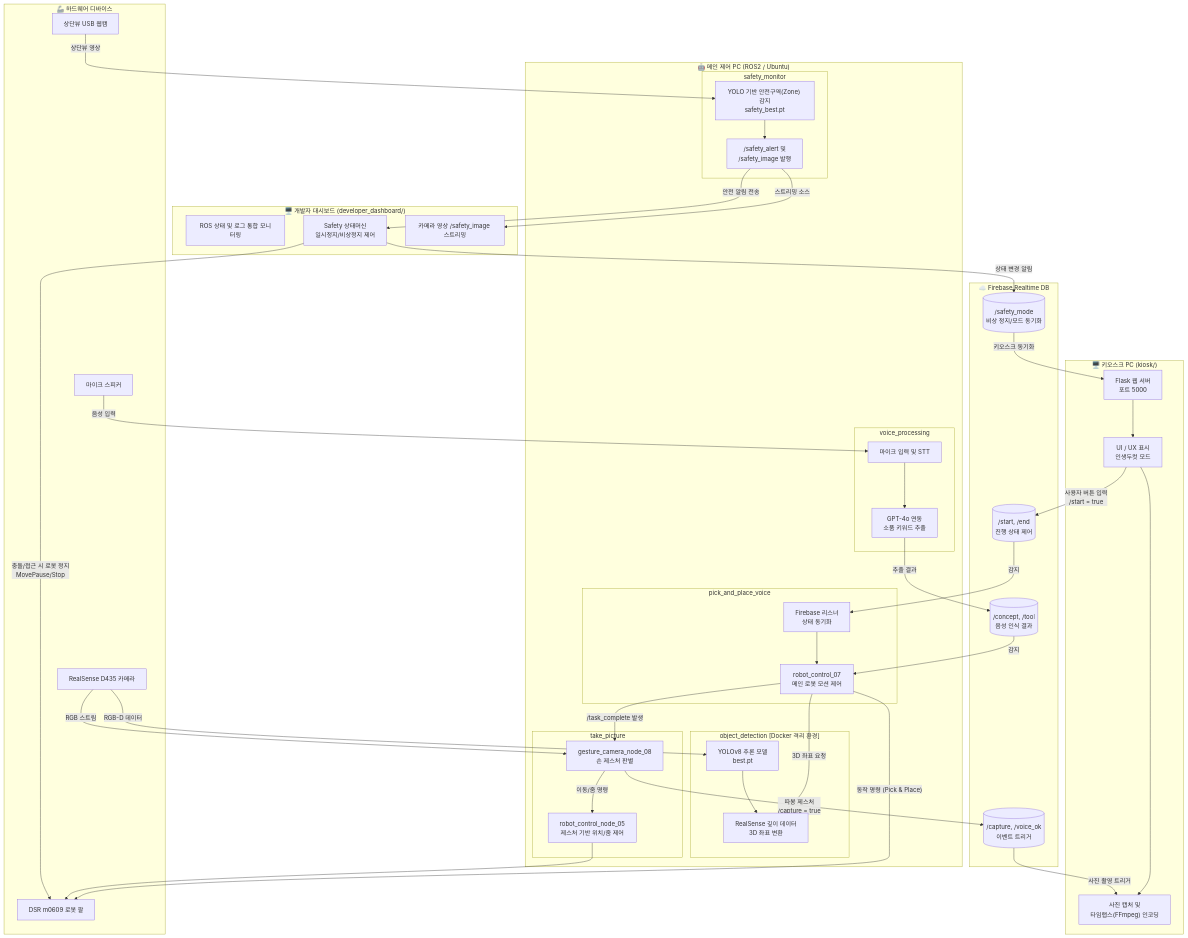
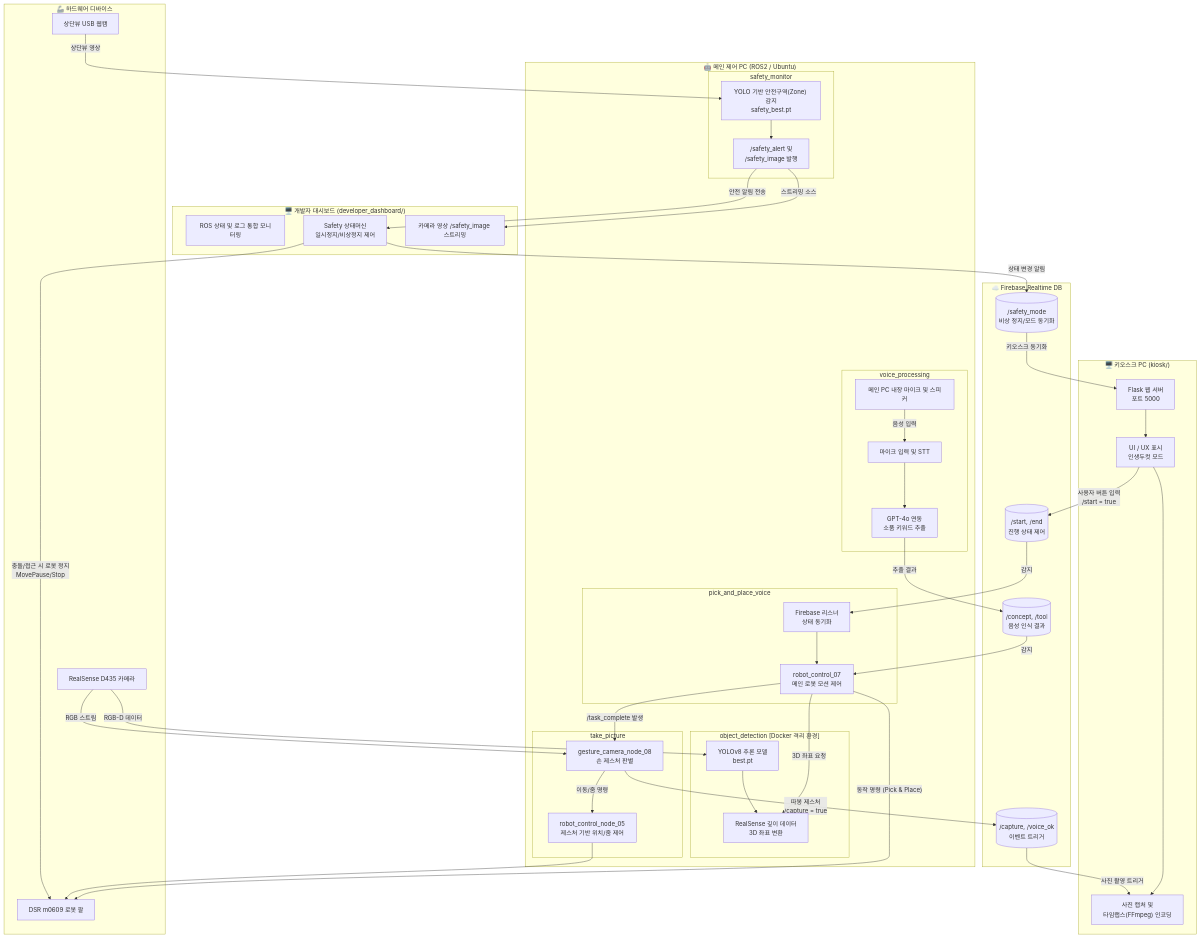
The diagram in docs/SYSTEM_FLOWCHART.md (yoonseonjae/cobot2_0525), drawn with Mermaid before and after one commit.

Commit message:
docs: move mic into main pc in flowchart

```diff
--- a/docs/SYSTEM_FLOWCHART.md
+++ b/docs/SYSTEM_FLOWCHART.md
@@ -29,6 +29,7 @@
         end
 
         subgraph VP_NODE["voice_processing"]
+            H4["메인 PC 내장 마이크 및 스피커"]
             VP1["마이크 입력 및 STT"]
             VP2["GPT-4o 연동\n소품 키워드 추출"]
         end
@@ -53,7 +54,6 @@
         H1["DSR m0609 로봇 팔"]
         H2["RealSense D435 카메라"]
         H3["상단뷰 USB 웹캠"]
-        H4["마이크 스피커"]
     end
 
     %% 연결 관계
```
